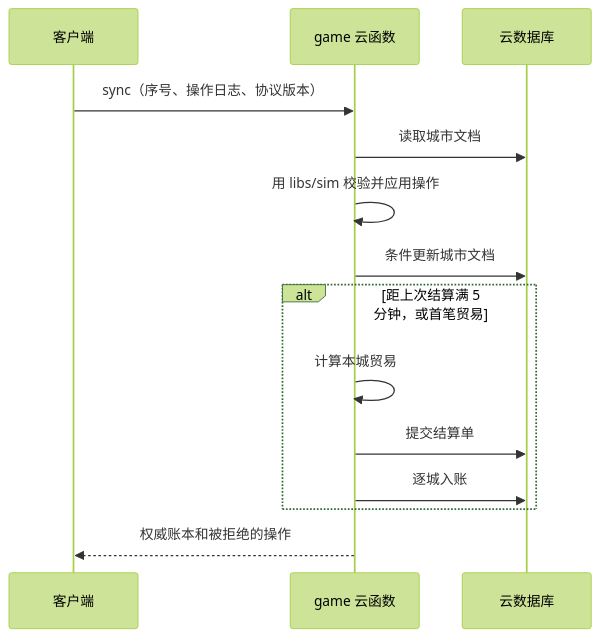
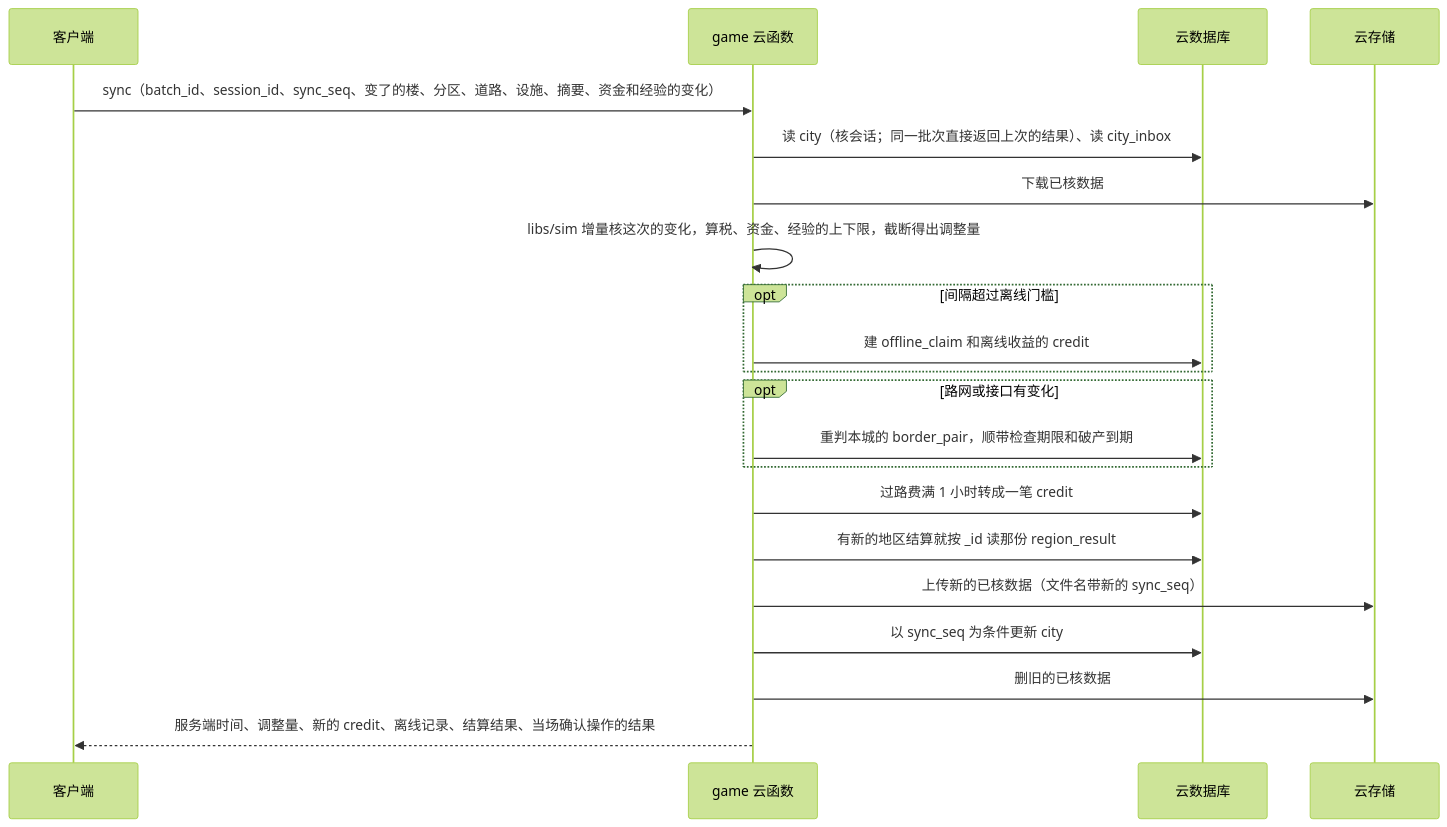
Before and after one commit to juanchaopan/city-link: the fifth of 9 diagrams in docs/architecture/overview.md, drawn with Mermaid (forest theme). The commit also changed other lines of this file and 6 other files, not shown here.

Commit message:
docs(architecture): 架构概览和 ADR 按设计稿同步 (#21)

````diff
--- a/docs/architecture/overview.md
+++ b/docs/architecture/overview.md
@@ -114,16 +159,23 @@
 ```mermaid
 sequenceDiagram
   participant C as 客户端
   participant G as game 云函数
   participant D as 云数据库
-  C->>G: sync（序号、操作日志、协议版本）
-  G->>D: 读取城市文档
-  G->>G: 用 libs/sim 校验并应用操作
-  G->>D: 条件更新城市文档
-  alt 距上次结算满 5 分钟，或首笔贸易
-    G->>G: 计算本城贸易
-    G->>D: 提交结算单
-    G->>D: 逐城入账
+  participant S as 云存储
+  C->>G: sync（batch_id、session_id、sync_seq、变了的楼、分区、道路、设施、摘要、资金和经验的变化）
+  G->>D: 读 city（核会话；同一批次直接返回上次的结果）、读 city_inbox
+  G->>S: 下载已核数据
+  G->>G: libs/sim 增量核这次的变化，算税、资金、经验的上下限，截断得出调整量
+  opt 间隔超过离线门槛
+    G->>D: 建 offline_claim 和离线收益的 credit
   end
-  G-->>C: 权威账本和被拒绝的操作
+  opt 路网或接口有变化
+    G->>D: 重判本城的 border_pair，顺带检查期限和破产到期
+  end
+  G->>D: 过路费满 1 小时转成一笔 credit
+  G->>D: 有新的地区结算就按 _id 读那份 region_result
+  G->>S: 上传新的已核数据（文件名带新的 sync_seq）
+  G->>D: 以 sync_seq 为条件更新 city
+  G->>S: 删旧的已核数据
+  G-->>C: 服务端时间、调整量、新的 credit、离线记录、结算结果、当场确认操作的结果
 ```
````
